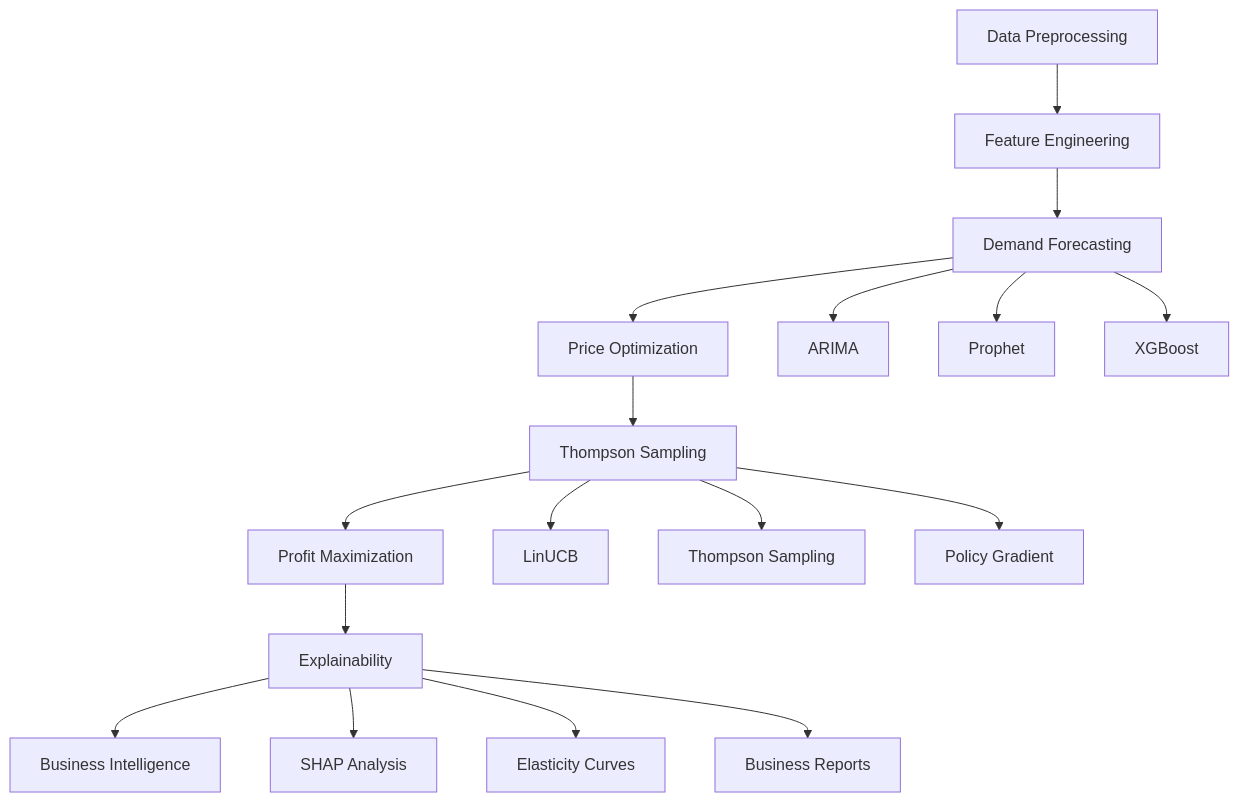
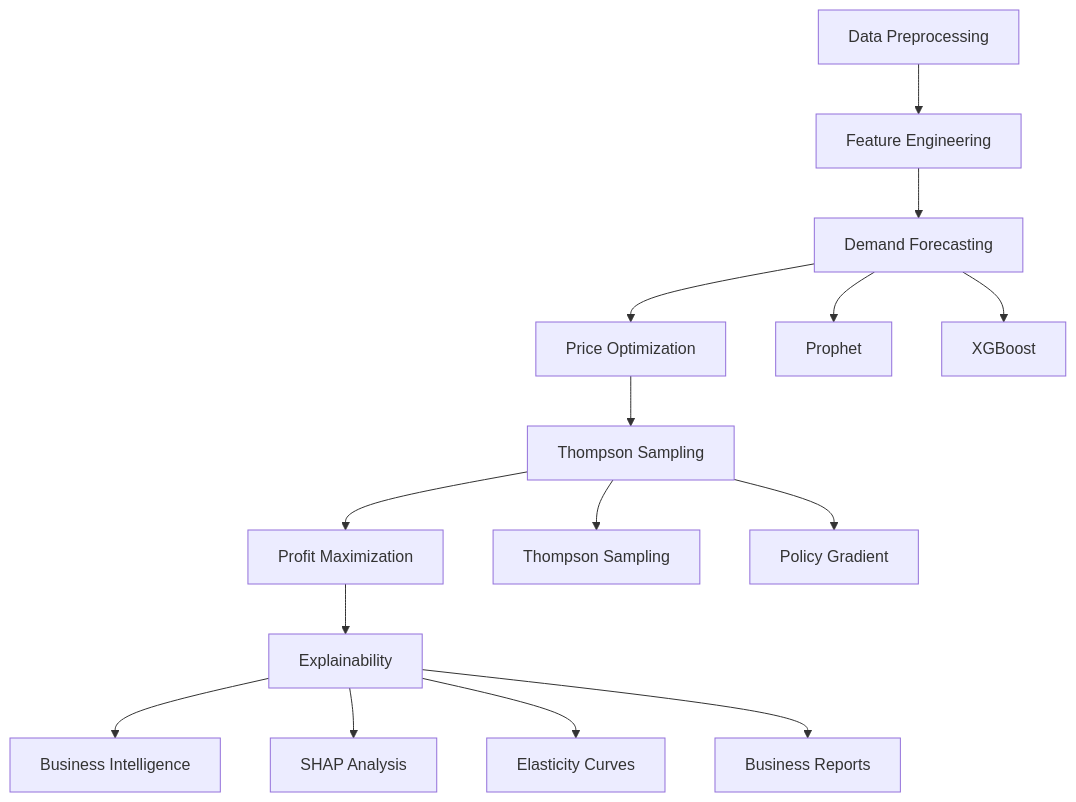
One commit to Faraz011/Assignment-AIML-Lab changed the diagram in README.md. Above: the diagram before and after it, drawn with Mermaid. The commit also changed other lines of this file, not shown here.

````diff
--- a/README.md
+++ b/README.md
@@ -86,22 +75,22 @@
 ```mermaid
 graph TB
     A[Data Preprocessing] --> B[Feature Engineering]
     B --> C[Demand Forecasting]
     C --> D[Price Optimization]
     D --> E[Thompson Sampling]
     E --> F[Profit Maximization]
     F --> G[Explainability]
     G --> H[Business Intelligence]
     
-    C --> C1[ARIMA]
+    
     C --> C2[Prophet]  
     C --> C3[XGBoost]
     
-    E --> E1[LinUCB]
+    
     E --> E2[Thompson Sampling]
     E --> E3[Policy Gradient]
     
     G --> G1[SHAP Analysis]
     G --> G2[Elasticity Curves]
     G --> G3[Business Reports]
 ```
````
